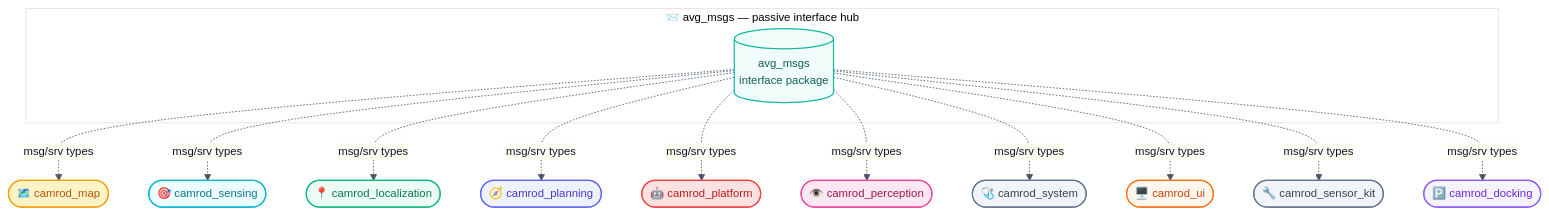
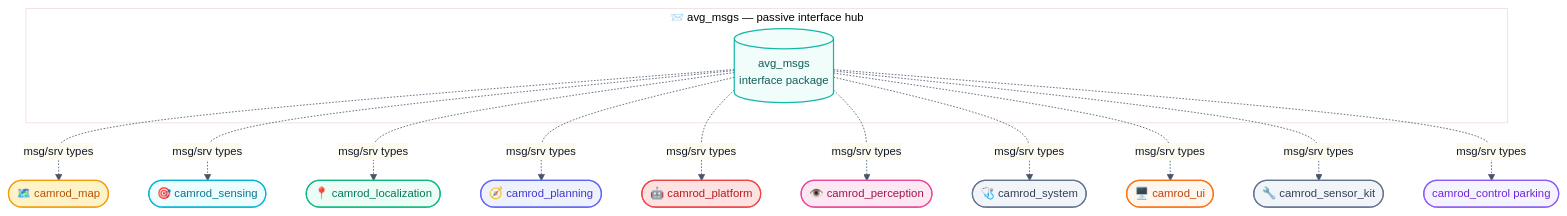
The first of 2 diagrams in camrod_common/avg_msgs/README.md (hwanhonglee/CAMROD), drawn with Mermaid before and after one commit. The commit also changed other lines of this file and 84 other files, not shown here.

````diff
--- a/camrod_common/avg_msgs/README.md
+++ b/camrod_common/avg_msgs/README.md
@@ -52,29 +52,29 @@
 ```mermaid
 %%{init: {'theme': 'base', 'themeVariables': {'fontFamily': 'ui-sans-serif, system-ui, sans-serif', 'fontSize': '14px', 'primaryColor': '#F0FDFA', 'primaryTextColor': '#0F172A', 'primaryBorderColor': '#14B8A6', 'lineColor': '#475569'}, 'flowchart': {'curve': 'basis', 'htmlLabels': true, 'padding': 12}}}%%
 graph TD
   subgraph CENTER["📨 avg_msgs — passive interface hub"]
     AVG[(avg_msgs\ninterface package)]:::iface
   end
 
   AVG -. msg/srv types .-> MAP([🗺️ camrod_map]):::mapping
   AVG -. msg/srv types .-> SENSING([🎯 camrod_sensing]):::sensing
   AVG -. msg/srv types .-> LOC([📍 camrod_localization]):::localization
   AVG -. msg/srv types .-> PLAN([🧭 camrod_planning]):::planning
   AVG -. msg/srv types .-> PLAT([🤖 camrod_platform]):::platform
   AVG -. msg/srv types .-> PER([👁️ camrod_perception]):::perception
   AVG -. msg/srv types .-> SYS([🩺 camrod_system]):::system
   AVG -. msg/srv types .-> UI([🖥️ camrod_ui]):::ui
   AVG -. msg/srv types .-> SKIT([🔧 camrod_sensor_kit]):::system
-  AVG -. msg/srv types .-> PARK([🅿️ camrod_docking]):::docking
+  AVG -. msg/srv types .-> PARK([camrod_control parking]):::parking
 
   classDef iface        fill:#F0FDFA,stroke:#14B8A6,stroke-width:1.5px,color:#115E59;
   classDef sensing      fill:#ECFEFF,stroke:#06B6D4,stroke-width:1.5px,color:#0E7490;
   classDef localization fill:#ECFDF5,stroke:#10B981,stroke-width:1.5px,color:#047857;
   classDef mapping      fill:#FEF3C7,stroke:#F59E0B,stroke-width:1.5px,color:#B45309;
   classDef perception   fill:#FCE7F3,stroke:#EC4899,stroke-width:1.5px,color:#9D174D;
   classDef planning     fill:#EEF2FF,stroke:#6366F1,stroke-width:1.5px,color:#4338CA;
   classDef platform     fill:#FEE2E2,stroke:#EF4444,stroke-width:1.5px,color:#B91C1C;
-  classDef docking      fill:#F5F3FF,stroke:#8B5CF6,stroke-width:1.5px,color:#6D28D9;
+  classDef parking      fill:#F5F3FF,stroke:#8B5CF6,stroke-width:1.5px,color:#6D28D9;
   classDef system       fill:#F1F5F9,stroke:#64748B,stroke-width:1.5px,color:#334155;
   classDef ui           fill:#FFF7ED,stroke:#F97316,stroke-width:1.5px,color:#C2410C;
 ```
````
